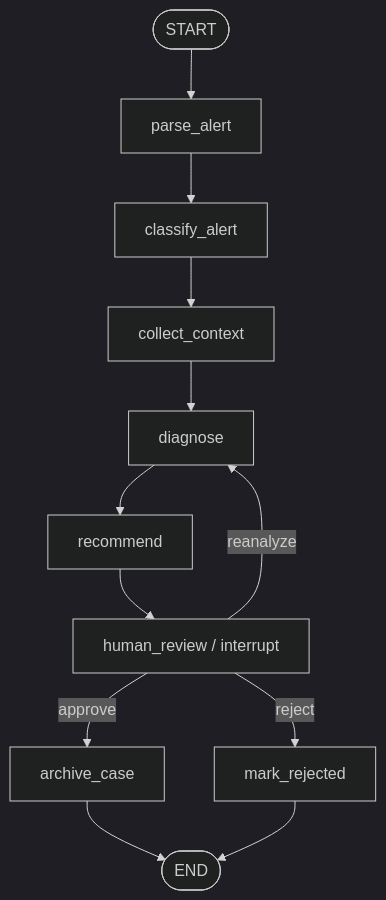
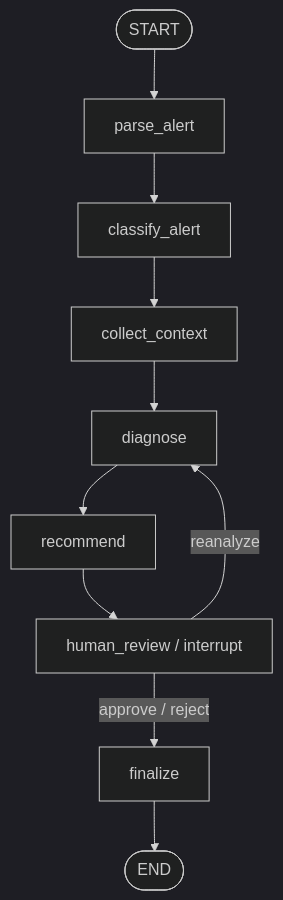
The second of 2 diagrams in docs/02-architecture.md (tsycheese/alert-sage), drawn with Mermaid (dark theme) before and after one commit. The commit also changed other lines of this file and 23 other files, not shown here.

````diff
--- a/docs/02-architecture.md
+++ b/docs/02-architecture.md
@@ -98,14 +98,12 @@
 ```mermaid
 flowchart TD
     START(["START"]) --> PARSE["parse_alert"]
     PARSE --> CLASSIFY["classify_alert"]
     CLASSIFY --> COLLECT["collect_context"]
     COLLECT --> DIAGNOSE["diagnose"]
     DIAGNOSE --> RECOMMEND["recommend"]
     RECOMMEND --> REVIEW["human_review / interrupt"]
-    REVIEW -->|approve| ARCHIVE["archive_case"]
-    REVIEW -->|reject| REJECTED["mark_rejected"]
+    REVIEW -->|approve / reject| FINALIZE["finalize"]
     REVIEW -->|reanalyze| DIAGNOSE
-    ARCHIVE --> END(["END"])
-    REJECTED --> END
+    FINALIZE --> END(["END"])
 ```
````
